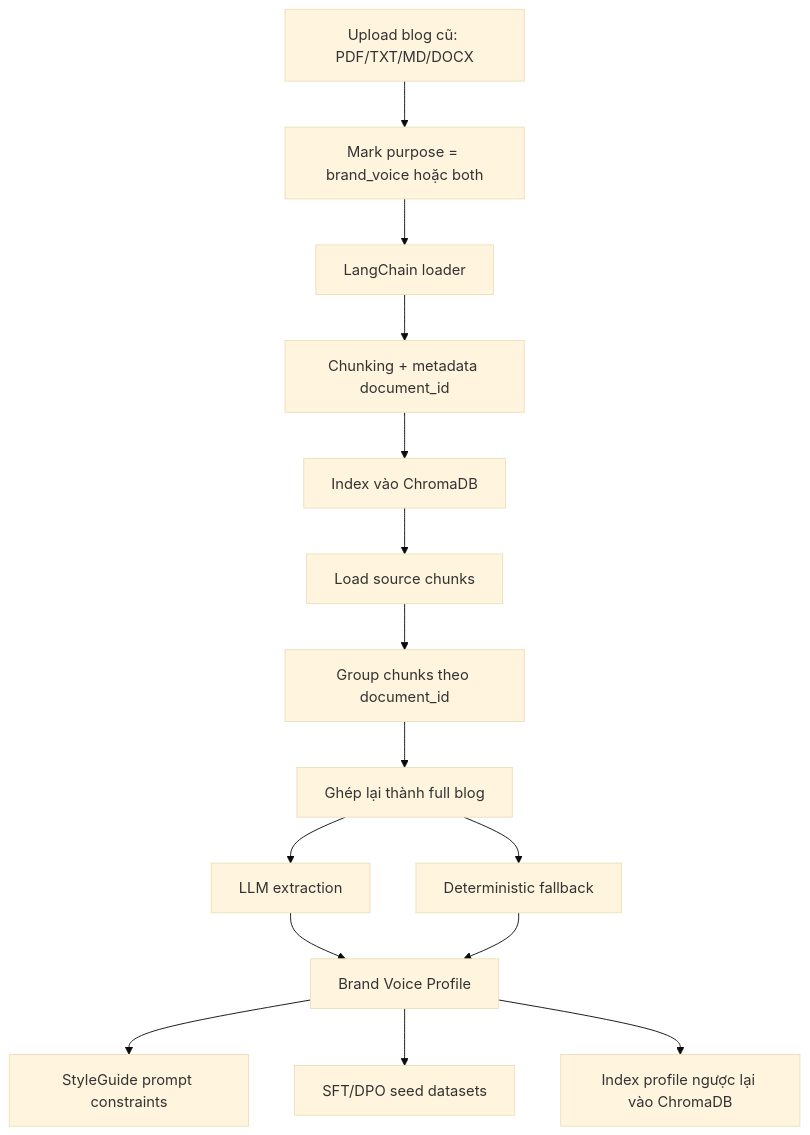
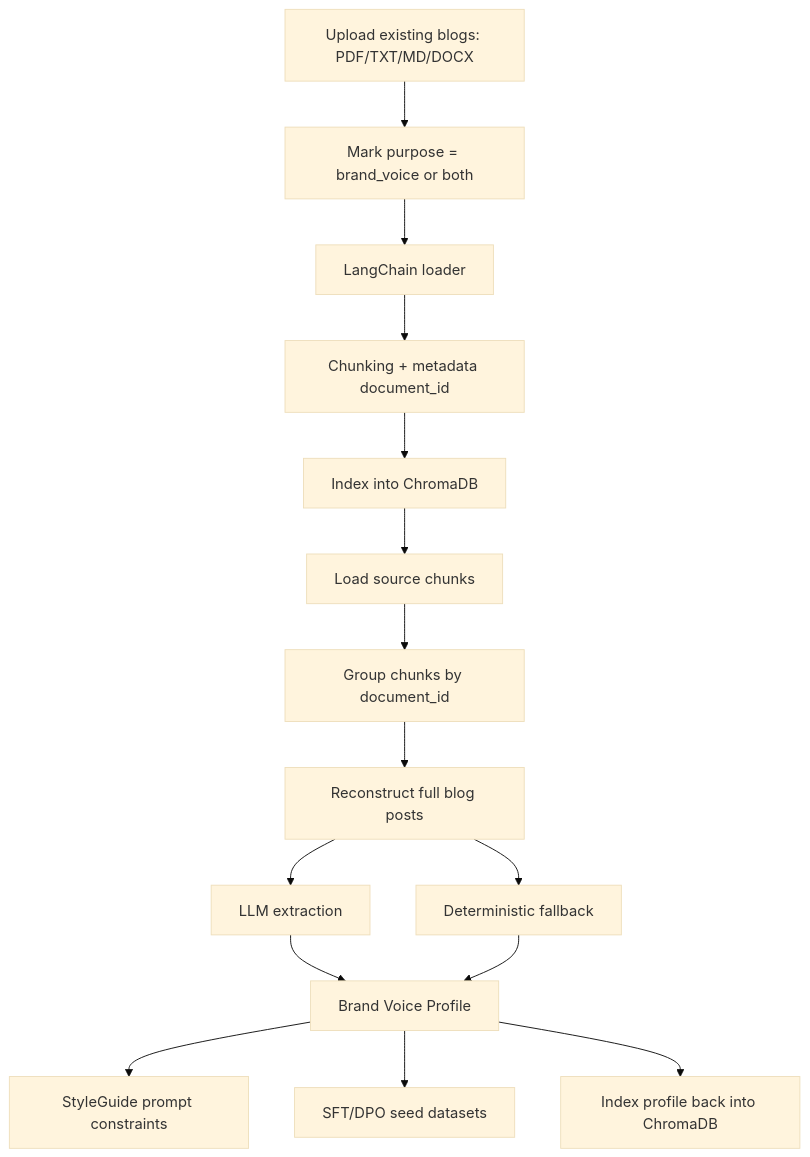
Before and after one commit to thoaitrantlgt/Brand-Voice-RAG-Content-System: the fifth of 6 diagrams in README.md, drawn with Mermaid (base theme). The commit also changed other lines of this file, not shown here.

````diff
--- a/README.md
+++ b/README.md
@@ -211,17 +211,17 @@
 ```mermaid
 flowchart TB
-    A[Upload blog cũ: PDF/TXT/MD/DOCX] --> B[Mark purpose = brand_voice hoặc both]
+    A[Upload existing blogs: PDF/TXT/MD/DOCX] --> B[Mark purpose = brand_voice or both]
     B --> C[LangChain loader]
     C --> D[Chunking + metadata document_id]
-    D --> E[Index vào ChromaDB]
+    D --> E[Index into ChromaDB]
     E --> F[Load source chunks]
-    F --> G[Group chunks theo document_id]
-    G --> H[Ghép lại thành full blog]
+    F --> G[Group chunks by document_id]
+    G --> H[Reconstruct full blog posts]
     H --> I[LLM extraction]
     H --> J[Deterministic fallback]
     I --> K[Brand Voice Profile]
     J --> K
     K --> L[StyleGuide prompt constraints]
     K --> M[SFT/DPO seed datasets]
-    K --> N[Index profile ngược lại vào ChromaDB]
+    K --> N[Index profile back into ChromaDB]
 ```
````
